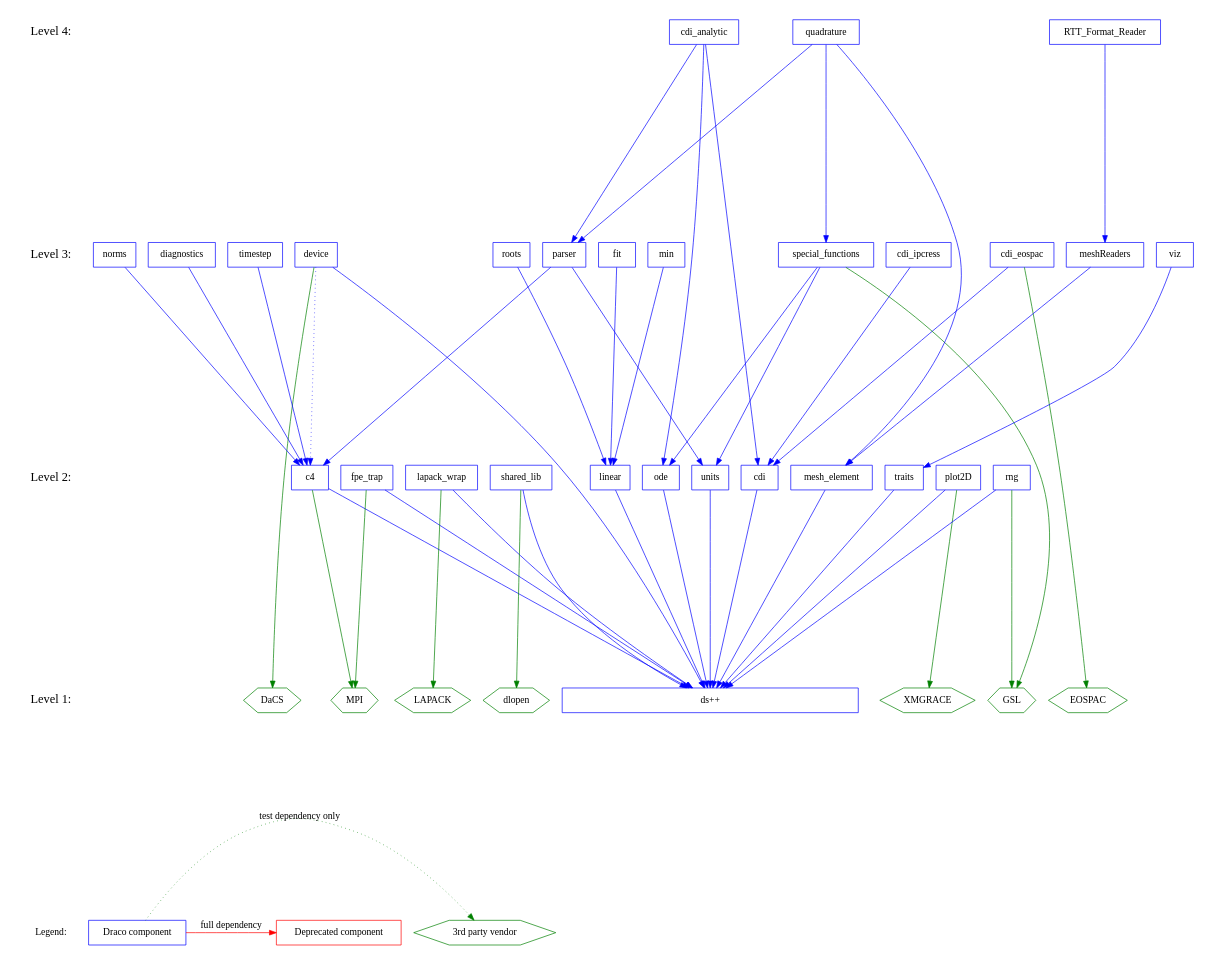
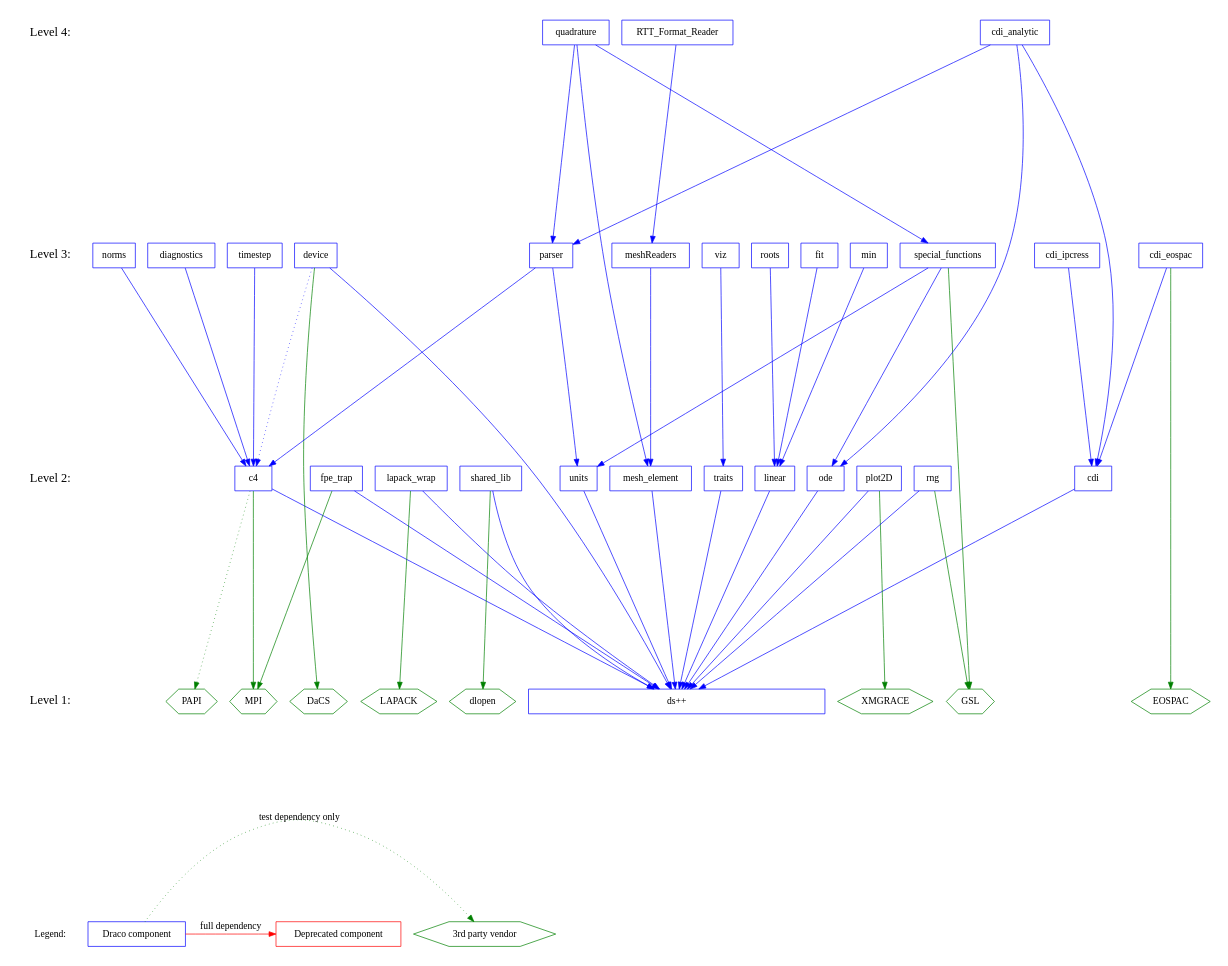
The diagram in doc/design/level.dot (warsa/Draco), drawn with Graphviz before and after one commit.

Commit message:
+ Show optional dependence on PAPI.

```diff
--- a/doc/design/level.dot
+++ b/doc/design/level.dot
@@ -1,134 +1,136 @@
 digraph draco_level {
     /* graph attributes */
     center=1;
     size="7.5,10";
     ranksep=4;
     
     /* levels */
     legend [shape=plaintext, label="Legend:", fontsize=14];
     level1 [shape=plaintext, label="Level 1:", fontsize=18];
     level2 [shape=plaintext, label="Level 2:", fontsize=18];
     level3 [shape=plaintext, label="Level 3:", fontsize=18];
     level4 [shape=plaintext, label="Level 4:", fontsize=18];
 /*     level5 [shape=plaintext, label="Level 5:", fontsize=18]; */
 /*    level6 [shape=plaintext, label="Level 6:", fontsize=18]; */
     
     /* level6 -> level5 -> */
     level4 -> level3 -> level2 -> level1 -> legend [style=invis];
     
     /* packages */
 
     /* legend */
     leg_vendor [shape=box, label="3rd party vendor", color=green, shape=hexagon];
     leg_draco  [shape=box, label="Draco component",  color=blue,  shape=box ];
     leg_depre  [shape=box, label="Deprecated component", color=red,  shape=box ];
 
     /* level 1 */
     vdlopen    [shape=hexagon, color=green, label="dlopen"];
     veospac    [shape=hexagon, color=green, label="EOSPAC"];
     vgrace     [shape=hexagon, color=green, label="XMGRACE"];
     vlapack    [shape=hexagon, color=green, label="LAPACK"];
     vmpi       [shape=hexagon, color=green, label="MPI"];
     vdacs      [shape=hexagon, color=green, label="DaCS"];
+    vpapi      [shape=hexagon, color=green, label="PAPI"];
         
     dsxx [shape=box, color=blue, label="ds++", width=6];
     
     /* level 2 */
     vgsl       [shape=hexagon, color=green, label="GSL"];
 
     c4         [shape=box, color=blue, label="c4"];
     cdi        [shape=box, color=blue, label="cdi"];
     fpetrap    [shape=box, color=blue, label="fpe_trap"];
     lapack     [shape=box, color=blue, label="lapack_wrap"];
     linear     [shape=box, color=blue, label="linear"];
     meshelement [shape=box, color=blue, label="mesh_element"];
     ode        [shape=box, color=blue, label="ode"];
     plot       [shape=box, color=blue, label="plot2D"];
     rng        [shape=box, color=blue, label="rng"];
     shlib      [shape=box, color=blue, label="shared_lib"];
     traits     [shape=box, color=blue, label="traits"];
     units      [shape=box, color=blue, label="units"];
         
     /* level 3 */
     device    [shape=box, color=blue, label="device"];
     cdieos    [shape=box, color=blue, label="cdi_eospac"];
     cdiip     [shape=box, color=blue, label="cdi_ipcress"];
     diagnostics [shape=box, color=blue, label="diagnostics"];
     fit       [shape=box, color=blue, label="fit"];
     meshread  [shape=box, color=blue, label="meshReaders"];
     min       [shape=box, color=blue, label="min"];
     norms     [shape=box, color=blue, label="norms"];
     parser    [shape=box, color=blue, label="parser"];
     roots     [shape=box, color=blue, label="roots"];
     sf        [shape=box, color=blue, label="special_functions"];
     timestep  [shape=box, color=blue, label="timestep"];
     viz       [shape=box, color=blue, label="viz"];
     
     /* level 4 */
     cdianal   [shape=box, color=blue, label="cdi_analytic"];
     quad      [shape=box, color=blue, label="quadrature"];
     rttread   [shape=box, color=blue, label="RTT_Format_Reader"];
     
     /* dependencies */
     {rank=same; legend leg_vendor leg_draco leg_depre};
-    {rank=same; level1 dsxx vlapack vmpi veospac vgrace vdlopen vgsl vdacs};
+    {rank=same; level1 dsxx vlapack vmpi veospac vgrace vdlopen vgsl vdacs vpapi};
     {rank=same; level2 shlib plot lapack traits c4 fpetrap units cdi ode linear};
     {rank=same; level3 viz timestep cdieos meshread parser sf};
     {rank=same; level4 rttread quad};
 
 
     leg_draco -> {leg_vendor} [color=green, style=dotted, label="test dependency only"];
     leg_draco -> {leg_depre} [color=red, label="full dependency"];
     
     /* draco packages */
 
     /* NOTE:  hidden dependencies are in comments at the end of each line.
      * For example if a package depends on c4 it implicitly depends on dsxx
      * as well.  The dependency on dsxx is not shown explicitly on the
      * graph. 
     
     /* level 2 */
     c4          -> {dsxx}        [color=blue];
     c4          -> {vmpi}        [color=green];
+    c4          -> {vpapi}       [color=green, style=dotted];
     cdi         -> {dsxx}        [color=blue];
     fpetrap     -> {dsxx}        [color=blue];
     fpetrap     -> {vmpi}        [color=green];
     lapack      -> {dsxx}        [color=blue];
     lapack      -> {vlapack}     [color=green];
     linear      -> {dsxx}        [color=blue];
     meshelement -> {dsxx}        [color=blue];
     ode         -> {dsxx}        [color=blue];
     plot        -> {dsxx}        [color=blue];
     plot        -> {vgrace}      [color=green];
     rng         -> {dsxx}        [color=blue];
     rng         -> {vgsl}        [color=green];
     shlib       -> {dsxx}        [color=blue];
     shlib       -> {vdlopen}     [color=green];
     traits      -> {dsxx}        [color=blue];
     units       -> {dsxx}        [color=blue];
     
     /* level 3 */
     device      -> {dsxx}        [color=blue];
     device      -> {c4}          [color=blue, style=dotted];
     device      -> {vdacs}       [color=green];
     cdieos      -> {cdi}         [color=blue];
     cdieos      -> {veospac}     [color=green]; 
     cdiip       -> {cdi}         [color=blue];
     diagnostics -> {c4}          [color=blue];
     fit         -> {linear}      [color=blue];
     meshread    -> {meshelement} [color=blue];
     min         -> {linear}      [color=blue];
     norms       -> {c4}          [color=blue];
     parser      -> {c4 units}    [color=blue];
     roots       -> {linear}      [color=blue];
     sf          -> {units ode}   [color=blue];
     sf          -> {vgsl}        [color=green];
     timestep    -> {c4}          [color=blue];
     viz         -> {traits}      [color=blue];
 
     /* level 4 */
     cdianal     -> {parser cdi ode}        [color=blue];
     quad        -> {sf meshelement parser} [color=blue];
     rttread     -> {meshread}              [color=blue];
 
 }
```
